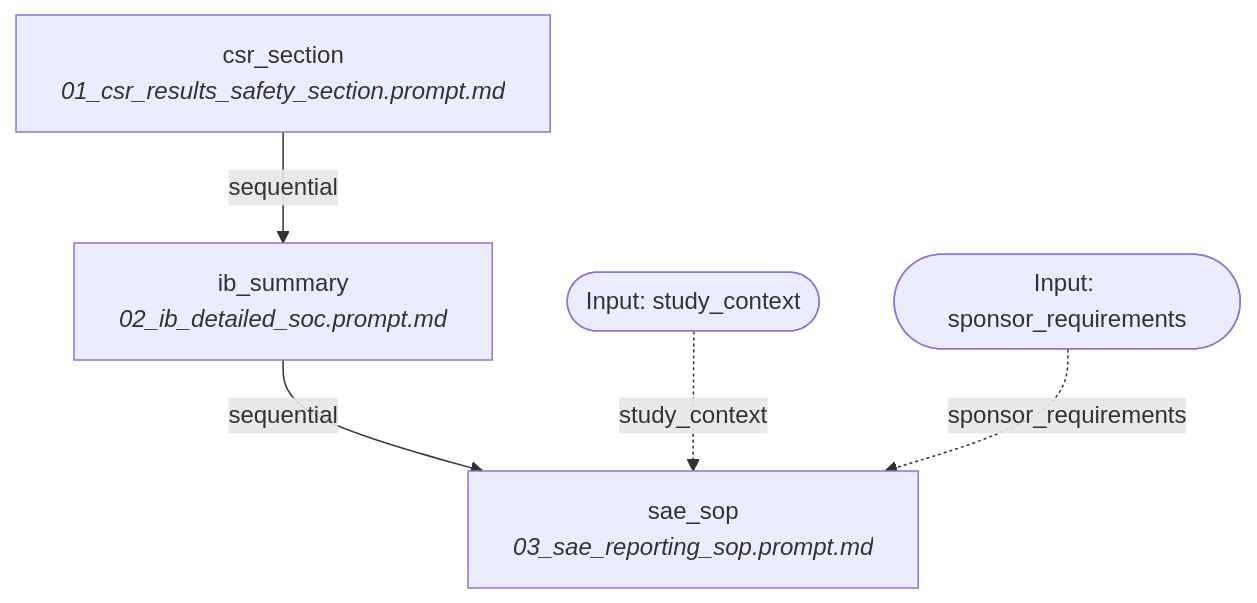
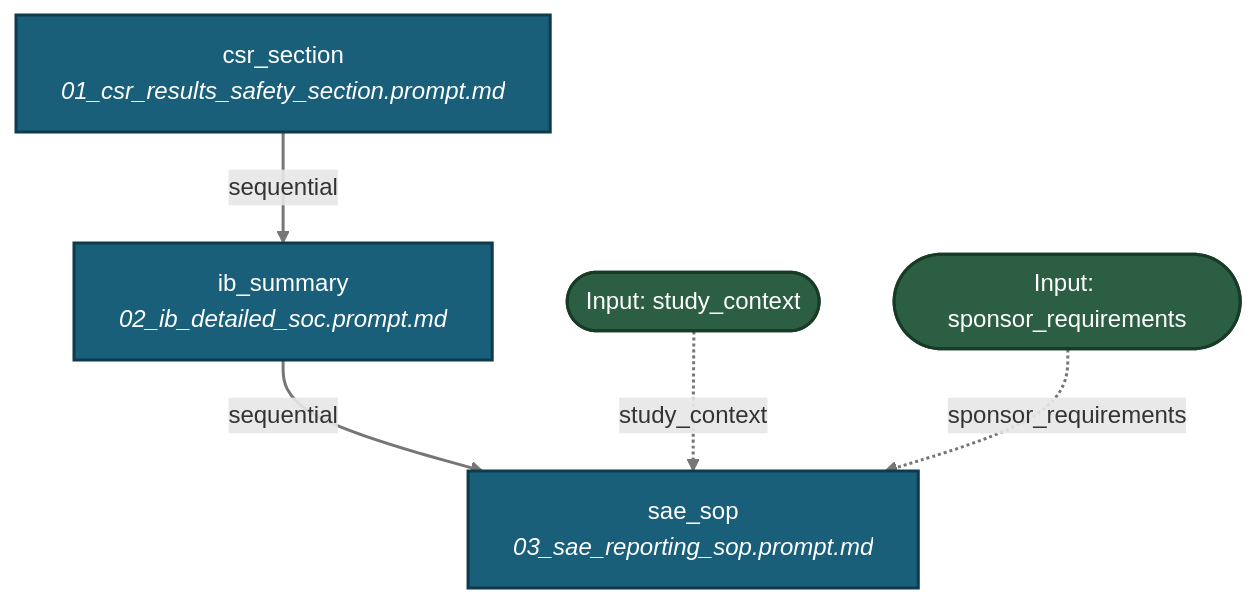
One commit to fderuiter/proompts changed the diagram in docs/workflows/technical_writer.md. Above: the diagram before and after it, drawn with Mermaid. The commit also changed 267 other files, not shown here.

````diff
--- a/docs/workflows/technical_writer.md
+++ b/docs/workflows/technical_writer.md
@@ -11,12 +11,15 @@
 ```mermaid
 graph TD
-    INPUT_study_context([Input: study_context])
-    INPUT_sponsor_requirements([Input: sponsor_requirements])
-    csr_section[csr_section<br><i>01_csr_results_safety_section.prompt.md</i>]
+    classDef stepNode fill:#1a5f7a,stroke:#0d3a4d,stroke-width:2px,color:#ffffff;
+    classDef inputNode fill:#2c5e43,stroke:#183b27,stroke-width:2px,color:#ffffff;
+    INPUT_study_context([Input: study_context]):::inputNode
+    INPUT_sponsor_requirements([Input: sponsor_requirements]):::inputNode
+    csr_section[csr_section<br><i>01_csr_results_safety_section.prompt.md</i>]:::stepNode
     csr_section -->|sequential| ib_summary
-    ib_summary[ib_summary<br><i>02_ib_detailed_soc.prompt.md</i>]
+    ib_summary[ib_summary<br><i>02_ib_detailed_soc.prompt.md</i>]:::stepNode
     ib_summary -->|sequential| sae_sop
-    sae_sop[sae_sop<br><i>03_sae_reporting_sop.prompt.md</i>]
+    sae_sop[sae_sop<br><i>03_sae_reporting_sop.prompt.md</i>]:::stepNode
     INPUT_study_context -. study_context .-> sae_sop
     INPUT_sponsor_requirements -. sponsor_requirements .-> sae_sop
+    linkStyle default stroke:#767676,stroke-width:2px;
 ```
````
